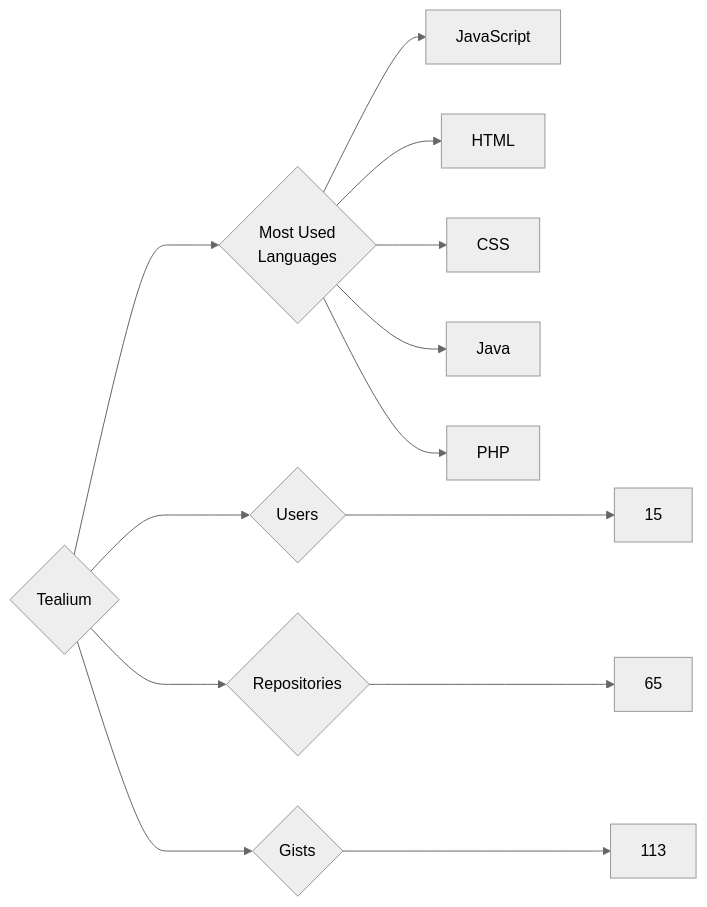
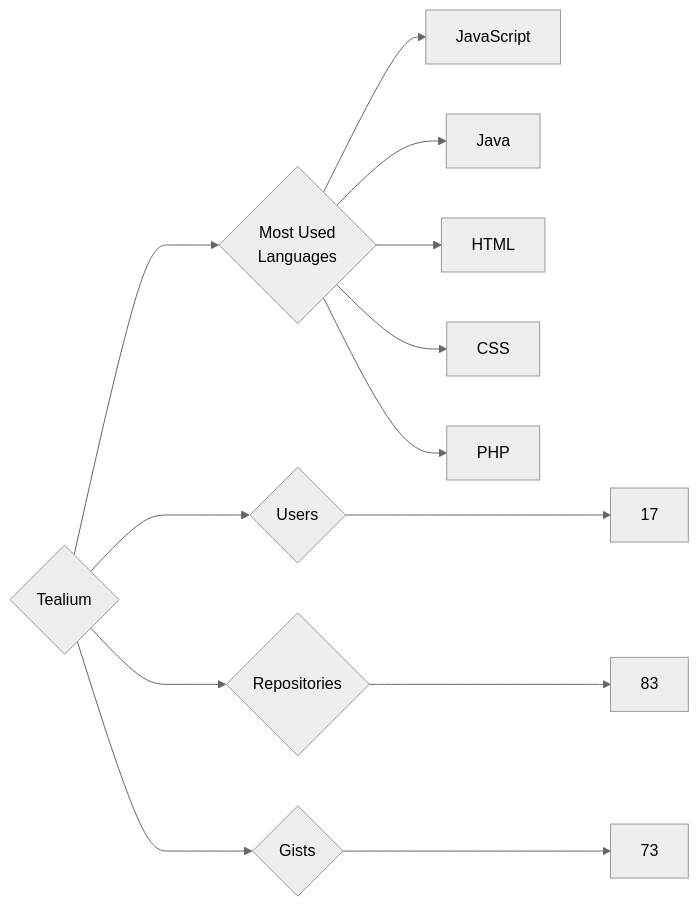
The diagram in targets/Tealium/README.md (trickest/insiders), drawn with Mermaid (neutral theme) before and after one commit. The commit also changed 773 other files, not shown here.

````diff
--- a/targets/Tealium/README.md
+++ b/targets/Tealium/README.md
@@ -3,13 +3,13 @@
 ```mermaid
 graph LR
 COMPANY_NAME{Tealium}
-COMPANY_NAME ---> U{Users} ---> UN[15]
-COMPANY_NAME ---> R{Repositories} ---> RN[65]
-COMPANY_NAME ---> G{Gists} ---> GN[113]
+COMPANY_NAME ---> U{Users} ---> UN[17]
+COMPANY_NAME ---> R{Repositories} ---> RN[83]
+COMPANY_NAME ---> G{Gists} ---> GN[73]
 COMPANY_NAME ---> ML{Most Used<br>Languages}
 ML --> JavaScript[JavaScript]
+ML --> Java[Java]
 ML --> HTML[HTML]
 ML --> CSS[CSS]
-ML --> Java[Java]
 ML --> PHP[PHP]
 ```
````
